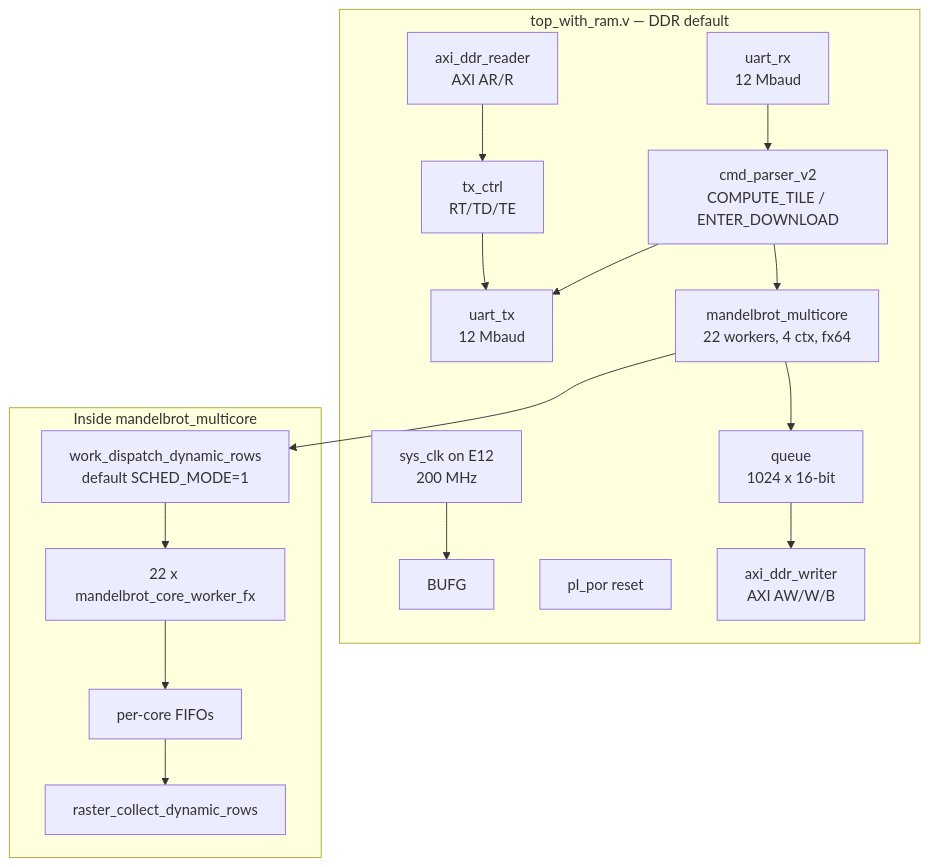
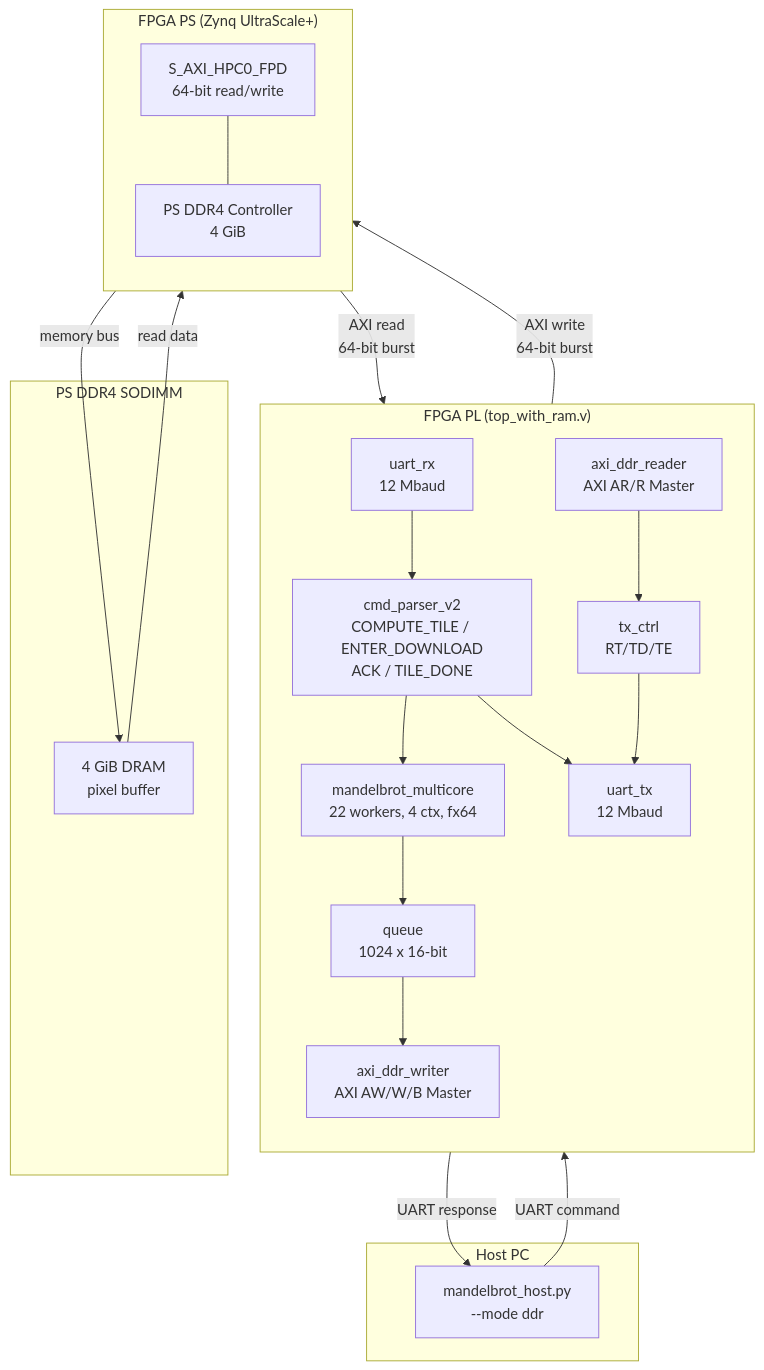
One commit to RESBI/FPGA-Mandelbrot-Demo changed the second of 4 diagrams in README.md. Above: the diagram before and after it, drawn with Mermaid.

Commit message:
Redraw RTL structure diagram with Host/PL/PS/DRAM partitions
The mermaid diagram now shows four distinct subgraphs:
- Host PC (mandelbrot_host.py)
- FPGA PL (top_with_ram.v with all internal modules)
- FPGA PS (Zynq UltraScale+ S_AXI_HPC0_FPD + DDR4 controller)
- PS DDR4 SODIMM (4 GiB DRAM)

Data paths clearly labeled: UART command/response, AXI write/read bursts,
and PS-to-DRAM memory bus.

````diff
--- a/README.md
+++ b/README.md
@@ -171,31 +171,46 @@
 ```mermaid
 flowchart TB
-    subgraph RAM[top_with_ram.v — DDR default]
-        CLK[sys_clk on E12<br/>200 MHz] --> BUFG[BUFG]
-        RST[pl_por reset]
+    subgraph HOST["Host PC"]
+        CLI["mandelbrot_host.py<br/>--mode ddr"]
+    end
 
-        URX[uart_rx<br/>12 Mbaud]
-        UTX[uart_tx<br/>12 Mbaud]
-        CMD[cmd_parser_v2<br/>COMPUTE_TILE / ENTER_DOWNLOAD]
+    subgraph PL["FPGA PL (top_with_ram.v)"]
+        direction TB
+        URX["uart_rx<br/>12 Mbaud"]
+        CMD["cmd_parser_v2<br/>COMPUTE_TILE / ENTER_DOWNLOAD<br/>ACK / TILE_DONE"]
         CORE["mandelbrot_multicore<br/>22 workers, 4 ctx, fx64"]
-        FIFO[queue<br/>1024 x 16-bit]
-        AXIW[axi_ddr_writer<br/>AXI AW/W/B]
-        AXIR[axi_ddr_reader<br/>AXI AR/R]
-        TXC[tx_ctrl<br/>RT/TD/TE]
+        FIFO["queue<br/>1024 x 16-bit"]
+        AXIW["axi_ddr_writer<br/>AXI AW/W/B Master"]
+        AXIR["axi_ddr_reader<br/>AXI AR/R Master"]
+        TXC["tx_ctrl<br/>RT/TD/TE"]
+        UTX["uart_tx<br/>12 Mbaud"]
 
         URX --> CMD
         CMD --> CORE
         CORE --> FIFO
         FIFO --> AXIW
         AXIR --> TXC
         TXC --> UTX
         CMD --> UTX
     end
 
-    subgraph MC[Inside mandelbrot_multicore]
-        CORE --> DISP[work_dispatch_dynamic_rows<br/>default SCHED_MODE=1]
-        DISP --> WORKERS["22 x mandelbrot_core_worker_fx"]
-        WORKERS --> CFIFO[per-core FIFOs]
-        CFIFO --> MERGE[raster_collect_dynamic_rows]
+    subgraph PS["FPGA PS (Zynq UltraScale+)"]
+        direction TB
+        DDR["PS DDR4 Controller<br/>4 GiB"]
+        HPC0["S_AXI_HPC0_FPD<br/>64-bit read/write"]
+        HPC0 --- DDR
     end
+
+    subgraph DRAM["PS DDR4 SODIMM"]
+        MEM["4 GiB DRAM<br/>pixel buffer"]
+    end
+
+    CLI -->|"UART command"| URX
+    UTX -->|"UART response"| CLI
+
+    AXIW -->|"AXI write<br/>64-bit burst"| HPC0
+    HPC0 -->|"AXI read<br/>64-bit burst"| AXIR
+
+    DDR -->|"memory bus"| MEM
+    MEM -->|"read data"| DDR
 ```
````
